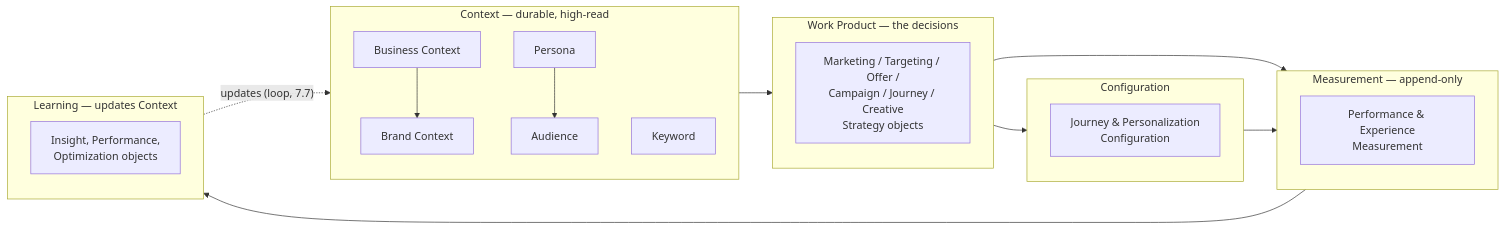
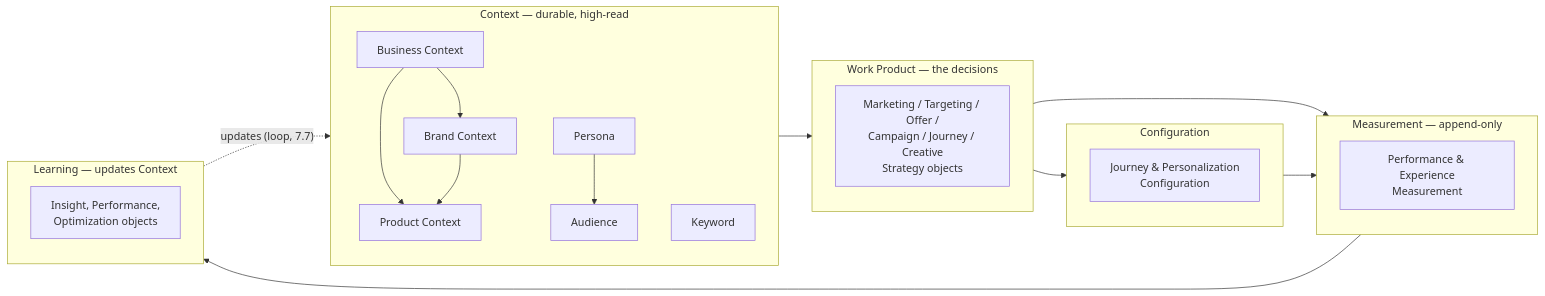
The diagram in RELATIONSHIPS.md (open-semantic-marketing-model/osmm), drawn with Mermaid before and after one commit. The commit also changed other lines of this file and 11 other files, not shown here.

First line of the commit message:
Add Product Context Object (35th object) + builder skill

````diff
--- a/RELATIONSHIPS.md
+++ b/RELATIONSHIPS.md
@@ -97,36 +98,39 @@
 ```mermaid
 flowchart LR
   subgraph CTX["Context — durable, high-read"]
     BIZ["Business Context"]
     BRC["Brand Context"]
+    PRD["Product Context"]
     AUD["Audience"]
     PER["Persona"]
     KW["Keyword"]
   end
 
   subgraph WP["Work Product — the decisions"]
     direction TB
     WPN["Marketing / Targeting / Offer /\nCampaign / Journey / Creative\nStrategy objects"]
   end
 
   subgraph CFG["Configuration"]
     CFGN["Journey &amp; Personalization\nConfiguration"]
   end
 
   subgraph MEAS["Measurement — append-only"]
     MEASN["Performance &amp; Experience\nMeasurement"]
   end
 
   subgraph LRN["Learning — updates Context"]
     LRNN["Insight, Performance,\nOptimization objects"]
   end
 
   BIZ --> BRC
+  BIZ --> PRD
+  BRC --> PRD
   PER --> AUD
   CTX --> WP
   WP --> CFG
   WP --> MEAS
   CFG --> MEAS
   MEAS --> LRN
   LRN -. "updates (loop, 7.7)" .-> CTX
 ```
````
